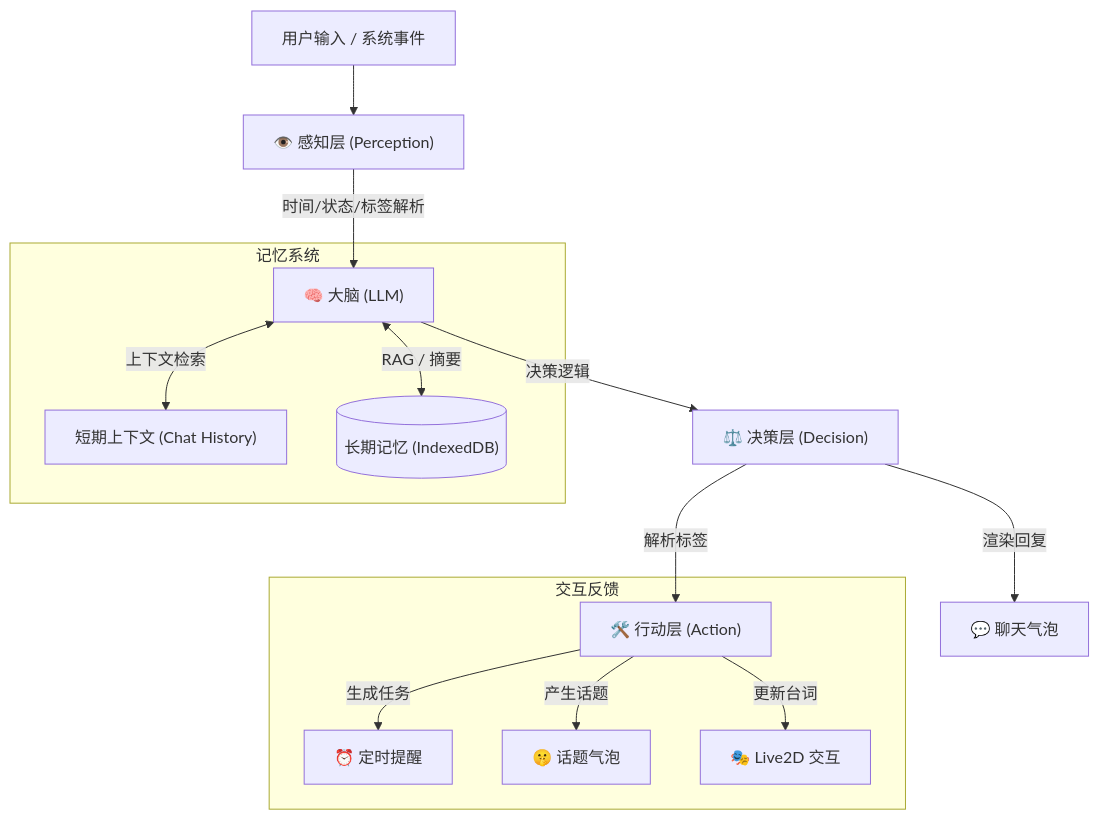
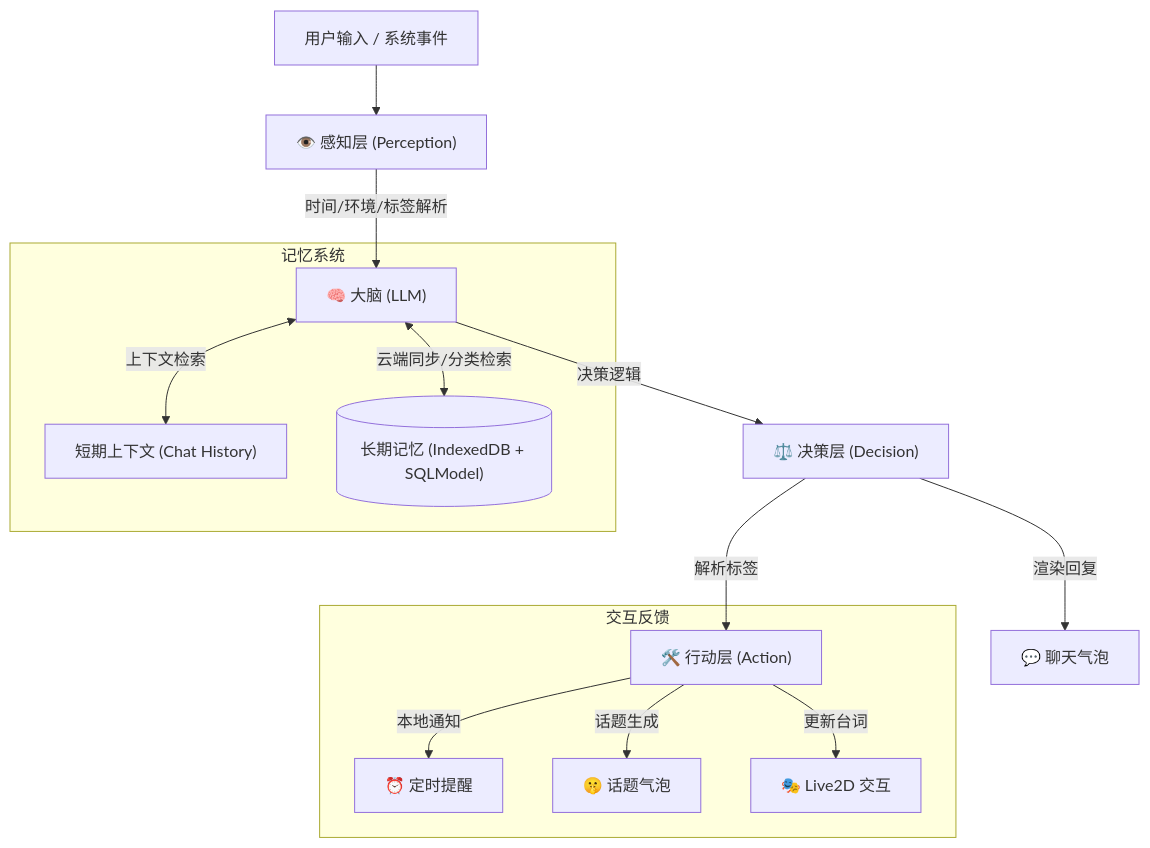
The diagram in README.md (YoKONCy/PeroperoChat), drawn with Mermaid before and after one commit. The commit also changed other lines of this file and 6 other files, not shown here.

Commit message:
feat: synchronize mobile with PeroCore backend, update memory schema and prompt logic

````diff
--- a/README.md
+++ b/README.md
@@ -50,21 +51,21 @@
 ```mermaid
 graph TD
     User["用户输入 / 系统事件"] --> Perception["👁️ 感知层 (Perception)"]
-    Perception -->|时间/状态/标签解析| Brain["🧠 大脑 (LLM)"]
+    Perception -->|时间/环境/标签解析| Brain["🧠 大脑 (LLM)"]
     
     subgraph 记忆系统
         Brain <-->|上下文检索| STM["短期上下文 (Chat History)"]
-        Brain <-->|RAG / 摘要| LTM[("长期记忆 (IndexedDB)")]
+        Brain <-->|云端同步/分类检索| LTM[("长期记忆 (IndexedDB + SQLModel)")]
     end
     
     Brain -->|决策逻辑| Decision["⚖️ 决策层 (Decision)"]
     
     Decision -->|渲染回复| Output["💬 聊天气泡"]
     Decision -->|解析标签| Action["🛠️ 行动层 (Action)"]
     
     subgraph 交互反馈
-        Action -->|生成任务| Reminders["⏰ 定时提醒"]
-        Action -->|产生话题| Topics["🤫 话题气泡"]
+        Action -->|本地通知| Reminders["⏰ 定时提醒"]
+        Action -->|话题生成| Topics["🤫 话题气泡"]
         Action -->|更新台词| Live2D["🎭 Live2D 交互"]
     end
 ```
````
